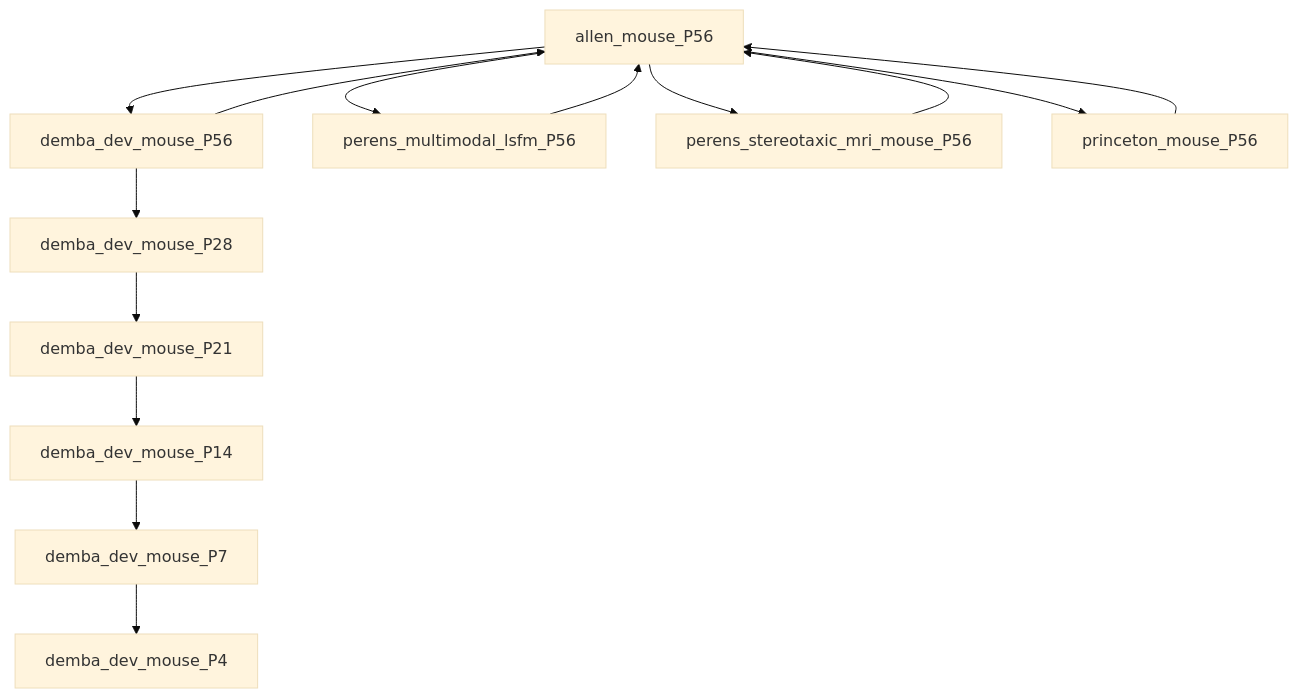
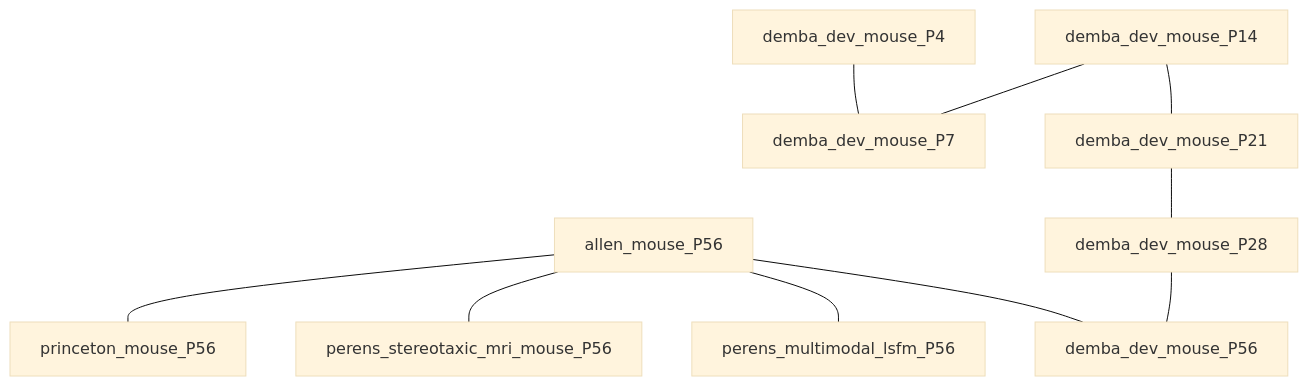
One commit to brainglobe/brainglobe-ccf-translator changed the diagram in README.md. Above: the diagram before and after it, drawn with Mermaid (base theme). The commit also changed 2 other files, not shown here.

Commit message:
update mermaid graph

````diff
--- a/README.md
+++ b/README.md
@@ -11,16 +11,12 @@
 ```mermaid
 graph TD
-    allen_mouse_P56 --> demba_dev_mouse_P56
-    allen_mouse_P56 --> perens_multimodal_lsfm_P56
-    allen_mouse_P56 --> perens_stereotaxic_mri_mouse_P56
-    allen_mouse_P56 --> princeton_mouse_P56
-    demba_dev_mouse_P14 --> demba_dev_mouse_P7
-    demba_dev_mouse_P21 --> demba_dev_mouse_P14
-    demba_dev_mouse_P28 --> demba_dev_mouse_P21
-    demba_dev_mouse_P56 --> allen_mouse_P56
-    demba_dev_mouse_P56 --> demba_dev_mouse_P28
-    demba_dev_mouse_P7 --> demba_dev_mouse_P4
-    perens_multimodal_lsfm_P56 --> allen_mouse_P56
-    perens_stereotaxic_mri_mouse_P56 --> allen_mouse_P56
-    princeton_mouse_P56 --> allen_mouse_P56
+    allen_mouse_P56 --- demba_dev_mouse_P56
+    allen_mouse_P56 --- perens_multimodal_lsfm_P56
+    allen_mouse_P56 --- perens_stereotaxic_mri_mouse_P56
+    allen_mouse_P56 --- princeton_mouse_P56
+    demba_dev_mouse_P14 --- demba_dev_mouse_P21
+    demba_dev_mouse_P14 --- demba_dev_mouse_P7
+    demba_dev_mouse_P21 --- demba_dev_mouse_P28
+    demba_dev_mouse_P28 --- demba_dev_mouse_P56
+    demba_dev_mouse_P4 --- demba_dev_mouse_P7
 ```
````
